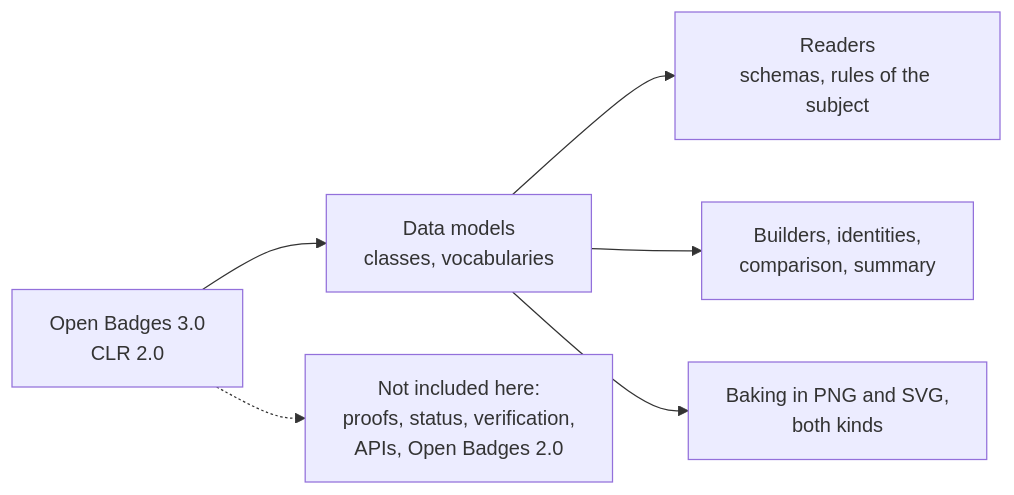
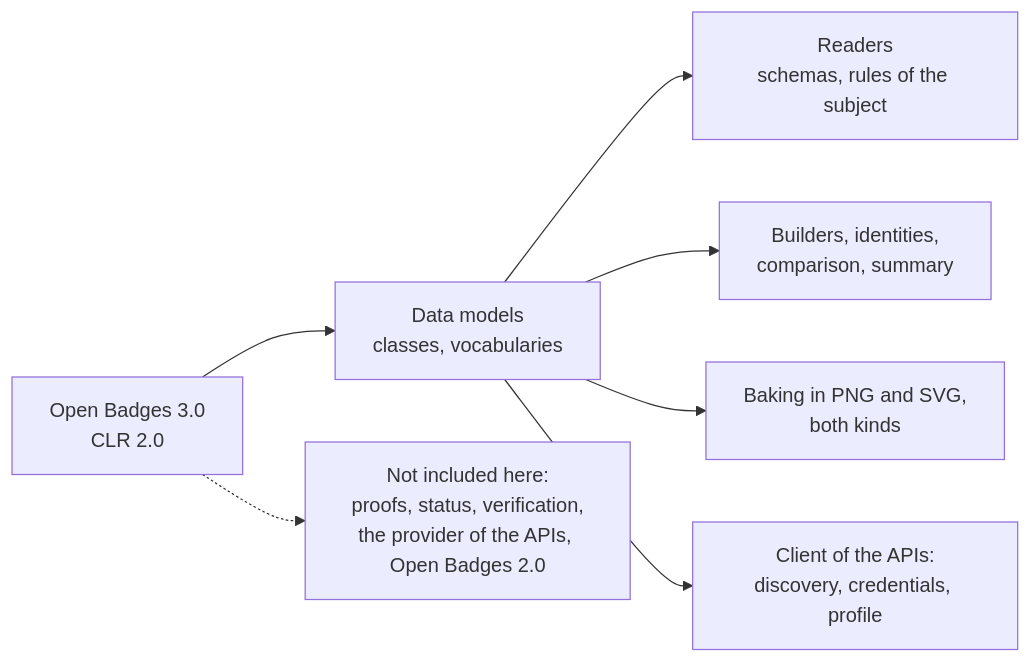
The diagram in docs/achievement-credentials/supported.md (interopkit/interopkit), drawn with Mermaid before and after one commit. The commit also changed other lines of this file and 40 other files, not shown here.

First line of the commit message:
Add the client of the Open Badges and CLR APIs to achievement-credentials

````diff
--- a/docs/achievement-credentials/supported.md
+++ b/docs/achievement-credentials/supported.md
@@ -6,8 +6,9 @@
 ```mermaid
 flowchart LR
   spec["Open Badges 3.0<br/>CLR 2.0"] --> model["Data models<br/>classes, vocabularies"]
   model --> read["Readers<br/>schemas, rules of the subject"]
   model --> issue["Builders, identities,<br/>comparison, summary"]
   model --> baking["Baking in PNG and SVG,<br/>both kinds"]
-  spec -.-> outside["Not included here:<br/>proofs, status, verification,<br/>APIs, Open Badges 2.0"]
+  model --> client["Client of the APIs:<br/>discovery, credentials, profile"]
+  spec -.-> outside["Not included here:<br/>proofs, status, verification,<br/>the provider of the APIs, Open Badges 2.0"]
 ```
````
